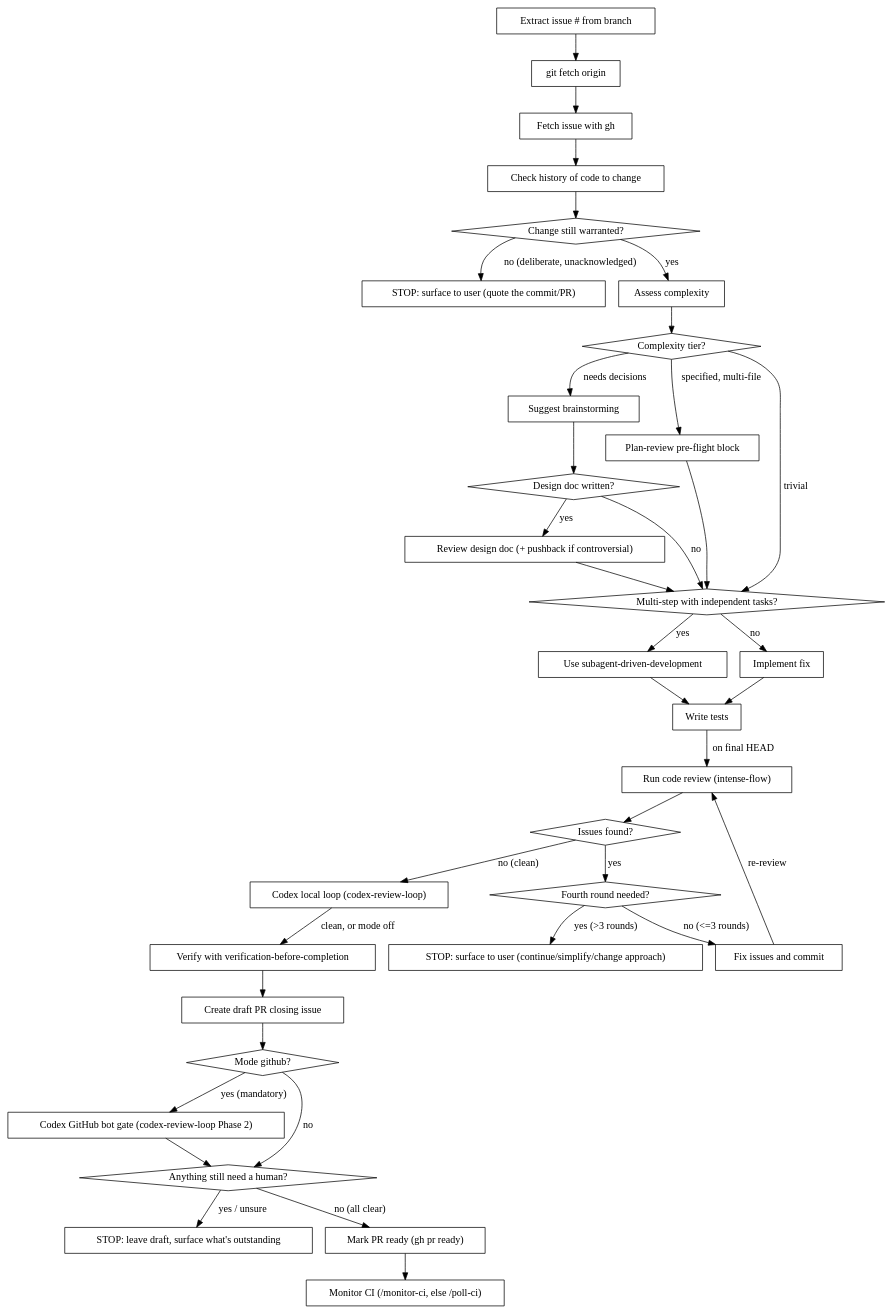
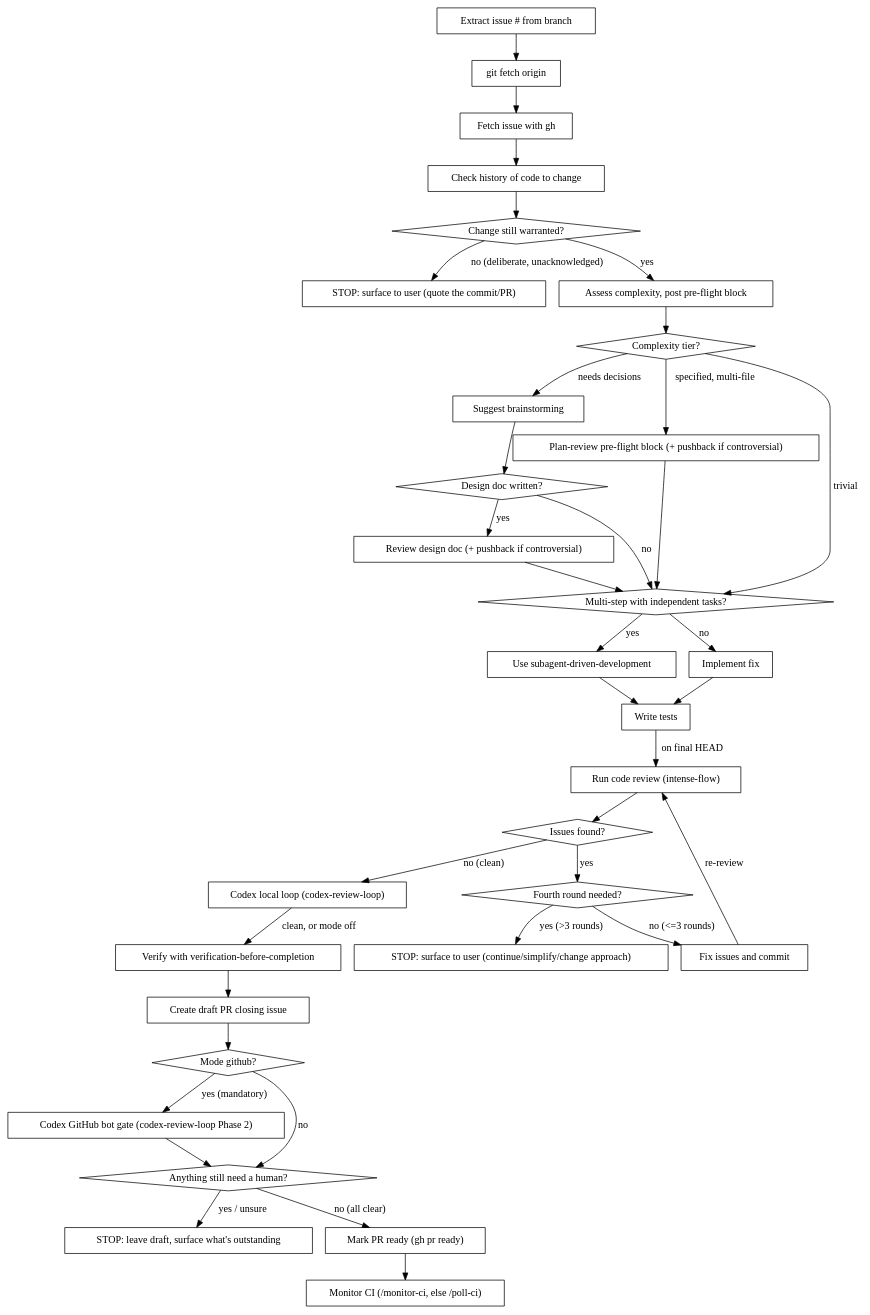
One commit to oalders/kitchen-sink changed the diagram in commands/fix-gh-issue.md. Above: the diagram before and after it, drawn with Graphviz. The commit also changed other lines of this file and 1 other file, not shown here.

First line of the commit message:
fix-gh-issue: address review round 1 for #91

````diff
--- a/commands/fix-gh-issue.md
+++ b/commands/fix-gh-issue.md
@@ -66,70 +66,70 @@
 ```dot
 digraph fix_issue {
     "Extract issue # from branch" [shape=box];
     "git fetch origin" [shape=box];
     "Fetch issue with gh" [shape=box];
     "Check history of code to change" [shape=box];
     "Change still warranted?" [shape=diamond];
     "STOP: surface to user (quote the commit/PR)" [shape=box];
-    "Assess complexity" [shape=box];
+    "Assess complexity, post pre-flight block" [shape=box];
     "Complexity tier?" [shape=diamond];
     "Suggest brainstorming" [shape=box];
     "Design doc written?" [shape=diamond];
     "Review design doc (+ pushback if controversial)" [shape=box];
-    "Plan-review pre-flight block" [shape=box];
+    "Plan-review pre-flight block (+ pushback if controversial)" [shape=box];
     "Multi-step with independent tasks?" [shape=diamond];
     "Use subagent-driven-development" [shape=box];
     "Implement fix" [shape=box];
     "Write tests" [shape=box];
     "Run code review (intense-flow)" [shape=box];
     "Issues found?" [shape=diamond];
     "Fourth round needed?" [shape=diamond];
     "STOP: surface to user (continue/simplify/change approach)" [shape=box];
     "Fix issues and commit" [shape=box];
     "Codex local loop (codex-review-loop)" [shape=box];
     "Verify with verification-before-completion" [shape=box];
     "Create draft PR closing issue" [shape=box];
     "Mode github?" [shape=diamond];
     "Codex GitHub bot gate (codex-review-loop Phase 2)" [shape=box];
     "Anything still need a human?" [shape=diamond];
     "STOP: leave draft, surface what's outstanding" [shape=box];
     "Mark PR ready (gh pr ready)" [shape=box];
     "Monitor CI (/monitor-ci, else /poll-ci)" [shape=box];
 
     "Extract issue # from branch" -> "git fetch origin";
     "git fetch origin" -> "Fetch issue with gh";
     "Fetch issue with gh" -> "Check history of code to change";
     "Check history of code to change" -> "Change still warranted?";
     "Change still warranted?" -> "STOP: surface to user (quote the commit/PR)" [label="no (deliberate, unacknowledged)"];
-    "Change still warranted?" -> "Assess complexity" [label="yes"];
-    "Assess complexity" -> "Complexity tier?";
+    "Change still warranted?" -> "Assess complexity, post pre-flight block" [label="yes"];
+    "Assess complexity, post pre-flight block" -> "Complexity tier?";
     "Complexity tier?" -> "Suggest brainstorming" [label="needs decisions"];
-    "Complexity tier?" -> "Plan-review pre-flight block" [label="specified, multi-file"];
+    "Complexity tier?" -> "Plan-review pre-flight block (+ pushback if controversial)" [label="specified, multi-file"];
     "Complexity tier?" -> "Multi-step with independent tasks?" [label="trivial"];
-    "Plan-review pre-flight block" -> "Multi-step with independent tasks?";
+    "Plan-review pre-flight block (+ pushback if controversial)" -> "Multi-step with independent tasks?";
     "Suggest brainstorming" -> "Design doc written?";
     "Design doc written?" -> "Review design doc (+ pushback if controversial)" [label="yes"];
     "Design doc written?" -> "Multi-step with independent tasks?" [label="no"];
     "Review design doc (+ pushback if controversial)" -> "Multi-step with independent tasks?";
     "Multi-step with independent tasks?" -> "Use subagent-driven-development" [label="yes"];
     "Multi-step with independent tasks?" -> "Implement fix" [label="no"];
     "Use subagent-driven-development" -> "Write tests";
     "Implement fix" -> "Write tests";
     "Write tests" -> "Run code review (intense-flow)" [label="on final HEAD"];
     "Run code review (intense-flow)" -> "Issues found?";
     "Issues found?" -> "Fourth round needed?" [label="yes"];
     "Fourth round needed?" -> "STOP: surface to user (continue/simplify/change approach)" [label="yes (>3 rounds)"];
     "Fourth round needed?" -> "Fix issues and commit" [label="no (<=3 rounds)"];
     "Fix issues and commit" -> "Run code review (intense-flow)" [label="re-review"];
     "Issues found?" -> "Codex local loop (codex-review-loop)" [label="no (clean)"];
     "Codex local loop (codex-review-loop)" -> "Verify with verification-before-completion" [label="clean, or mode off"];
     "Verify with verification-before-completion" -> "Create draft PR closing issue";
     "Create draft PR closing issue" -> "Mode github?";
     "Mode github?" -> "Codex GitHub bot gate (codex-review-loop Phase 2)" [label="yes (mandatory)"];
     "Mode github?" -> "Anything still need a human?" [label="no"];
     "Codex GitHub bot gate (codex-review-loop Phase 2)" -> "Anything still need a human?";
     "Anything still need a human?" -> "STOP: leave draft, surface what's outstanding" [label="yes / unsure"];
     "Anything still need a human?" -> "Mark PR ready (gh pr ready)" [label="no (all clear)"];
     "Mark PR ready (gh pr ready)" -> "Monitor CI (/monitor-ci, else /poll-ci)";
 }
 ```
````
